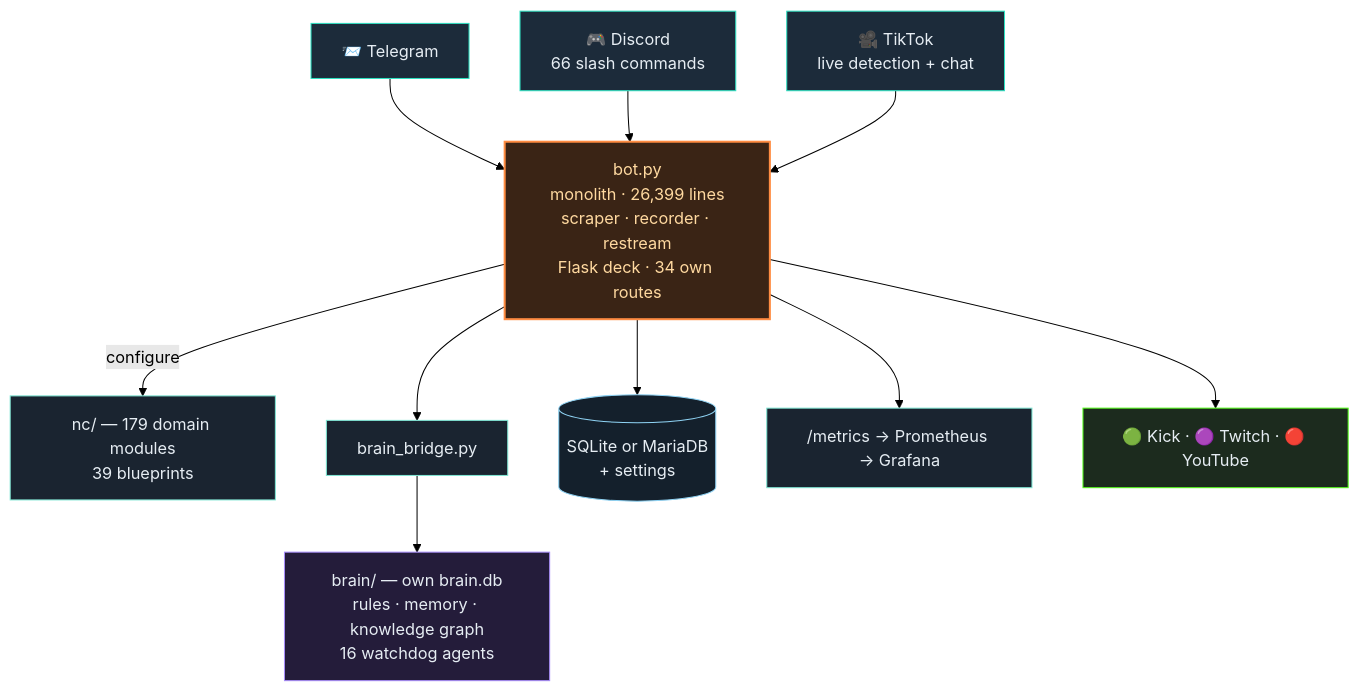
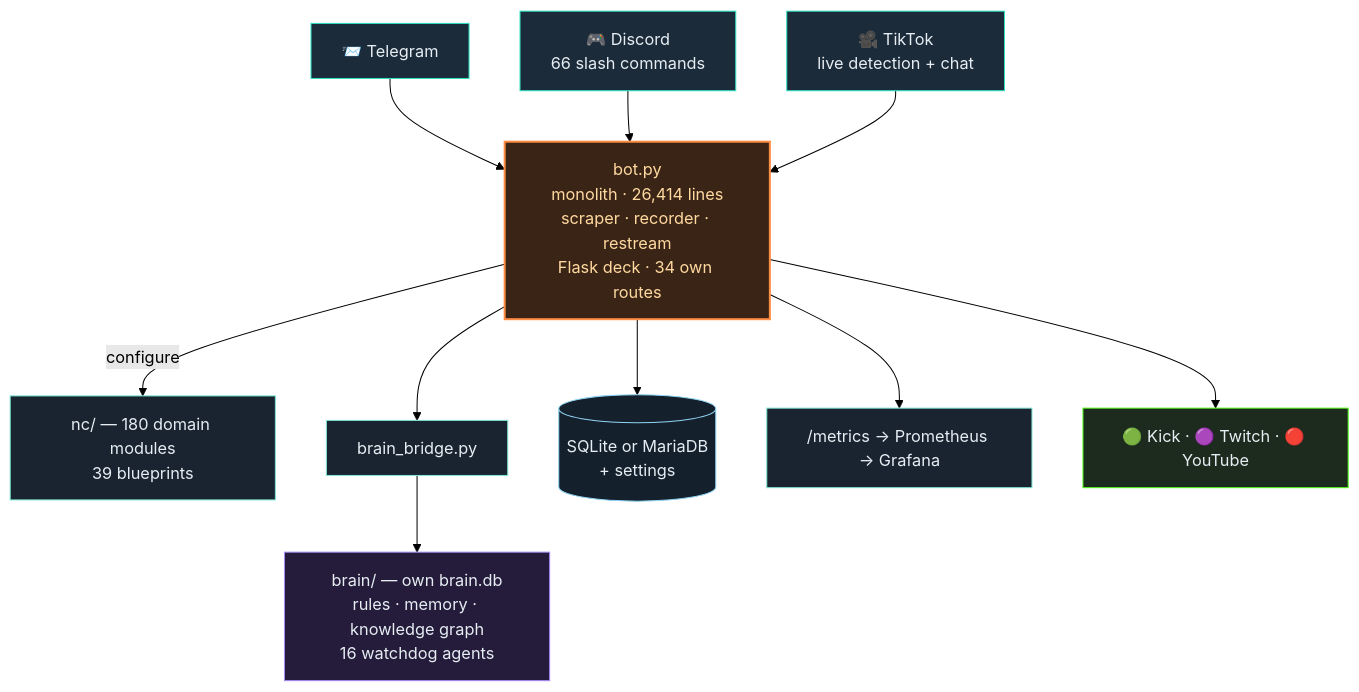
The second of 3 diagrams in README.en.md (itsamemedev/Telegram-Stream-Info-Bot), drawn with Mermaid (forest theme) before and after one commit. The commit also changed other lines of this file and 18 other files, not shown here.

````diff
--- a/README.en.md
+++ b/README.en.md
@@ -119,19 +119,19 @@
 ```mermaid
 flowchart TB
     TG["📨 Telegram"]:::ein --> BOT
     DC["🎮 Discord<br/>66 slash commands"]:::ein --> BOT
     TT["🎥 TikTok<br/>live detection + chat"]:::ein --> BOT
-    BOT["bot.py<br/>monolith · 26,399 lines<br/>scraper · recorder · restream<br/>Flask deck · 34 own routes"]:::core
-    BOT -->|configure| NC["nc/ — 179 domain modules<br/>39 blueprints"]:::lib
+    BOT["bot.py<br/>monolith · 26,414 lines<br/>scraper · recorder · restream<br/>Flask deck · 34 own routes"]:::core
+    BOT -->|configure| NC["nc/ — 180 domain modules<br/>39 blueprints"]:::lib
     BOT --> BR["brain_bridge.py"]:::lib
     BR --> BRAIN["brain/ — own brain.db<br/>rules · memory · knowledge graph<br/>16 watchdog agents"]:::brain
     BOT --> DB[("SQLite or MariaDB<br/>+ settings")]:::db
     BOT --> PROM["/metrics → Prometheus → Grafana"]:::lib
     BOT --> OUT["🟢 Kick · 🟣 Twitch · 🔴 YouTube"]:::out
     classDef ein fill:#1c2b3a,stroke:#2de1c2,color:#e6edf3
     classDef core fill:#3a2415,stroke:#ff8c42,stroke-width:2px,color:#ffd9a0
     classDef lib fill:#1a2430,stroke:#7fe7d4,color:#e6edf3
     classDef brain fill:#241c3a,stroke:#a78bfa,color:#e6edf3
     classDef db fill:#14202c,stroke:#8fd3f4,color:#e6edf3
     classDef out fill:#1c2b1e,stroke:#53fc18,color:#e6edf3
 ```
````
